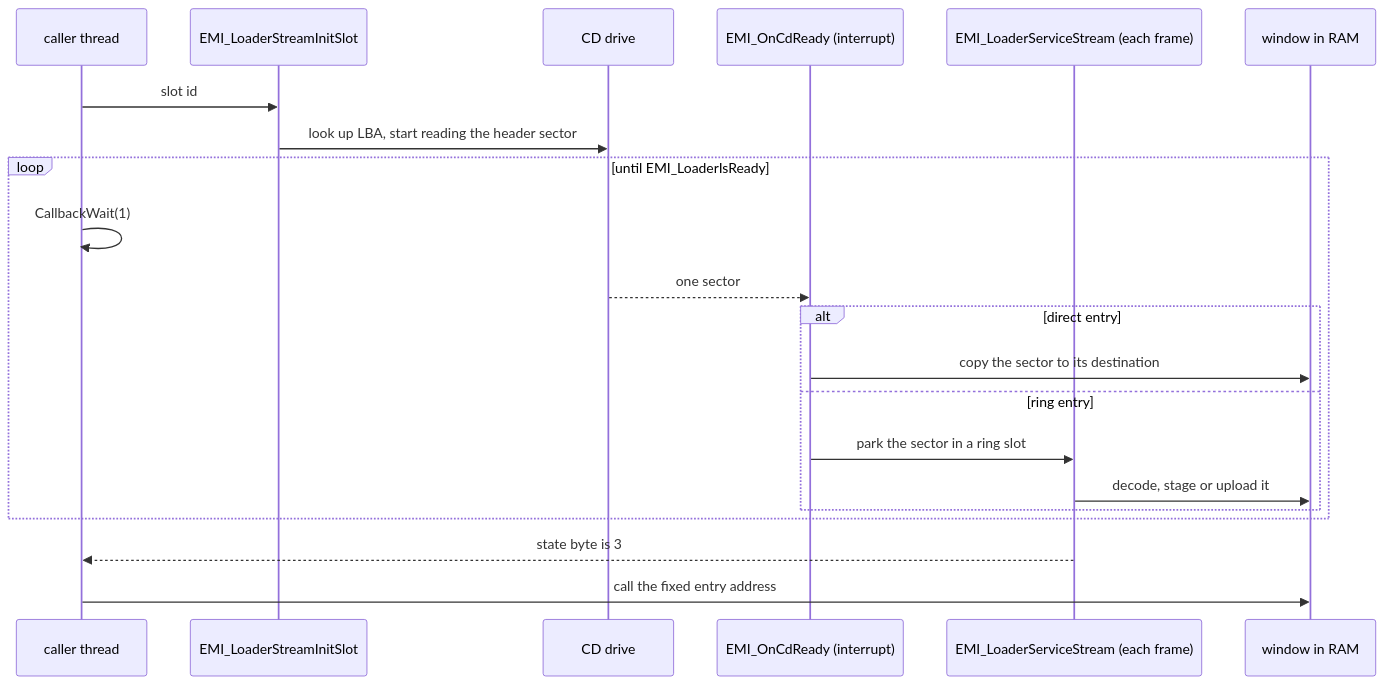
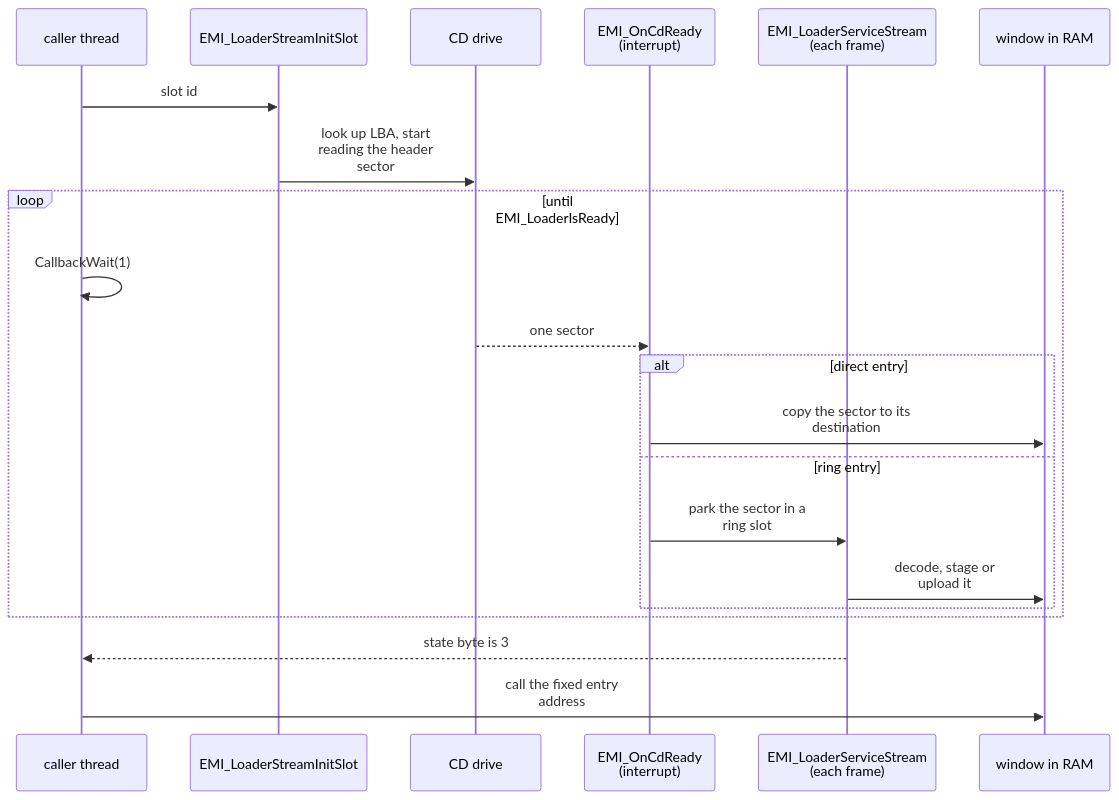
Before and after one commit to raulcorreia7/bof3-wiki: the diagram in src/content/docs/concepts/loading.md, drawn with Mermaid. The commit also changed 7 other files, not shown here.

Commit message:
fix(diagrams): break long sequence labels by hand, stop line-over-label and overlap

````diff
--- a/src/content/docs/concepts/loading.md
+++ b/src/content/docs/concepts/loading.md
@@ -20,24 +20,24 @@
 ```mermaid
 sequenceDiagram
     participant Caller as caller thread
     participant Init as EMI_LoaderStreamInitSlot
     participant Cd as CD drive
-    participant Rdy as EMI_OnCdReady (interrupt)
-    participant Svc as EMI_LoaderServiceStream (each frame)
+    participant Rdy as EMI_OnCdReady<br/>(interrupt)
+    participant Svc as EMI_LoaderServiceStream<br/>(each frame)
     participant Ram as window in RAM
 
     Caller->>Init: slot id
-    Init->>Cd: look up LBA, start reading the header sector
-    loop until EMI_LoaderIsReady
+    Init->>Cd: look up LBA, start<br/>reading the header<br/>sector
+    loop until<br/>EMI_LoaderIsReady
         Caller->>Caller: CallbackWait(1)
         Cd-->>Rdy: one sector
         alt direct entry
-            Rdy->>Ram: copy the sector to its destination
+            Rdy->>Ram: copy the sector to its<br/>destination
         else ring entry
-            Rdy->>Svc: park the sector in a ring slot
-            Svc->>Ram: decode, stage or upload it
+            Rdy->>Svc: park the sector in a<br/>ring slot
+            Svc->>Ram: decode, stage or<br/>upload it
         end
     end
     Svc-->>Caller: state byte is 3
-    Caller->>Ram: call the fixed entry address
+    Caller->>Ram: call the fixed entry<br/>address
 ```
````
